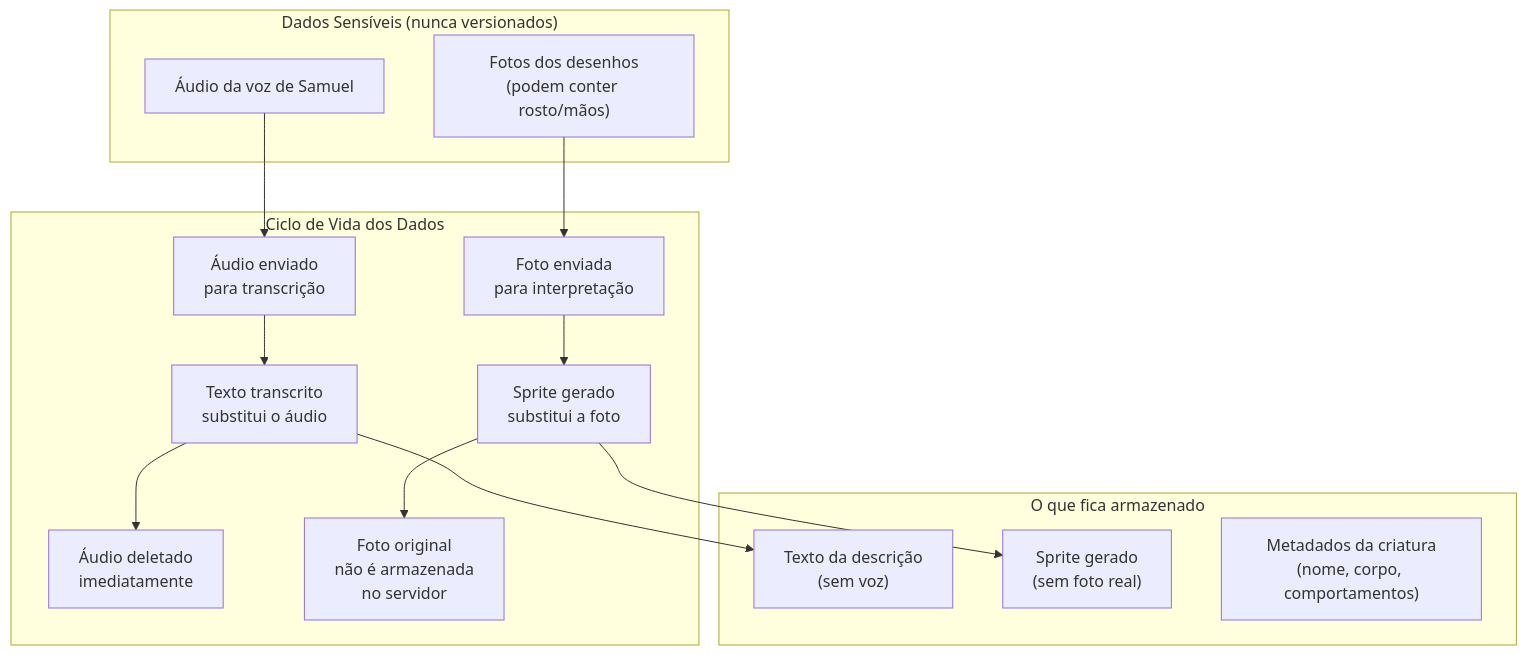
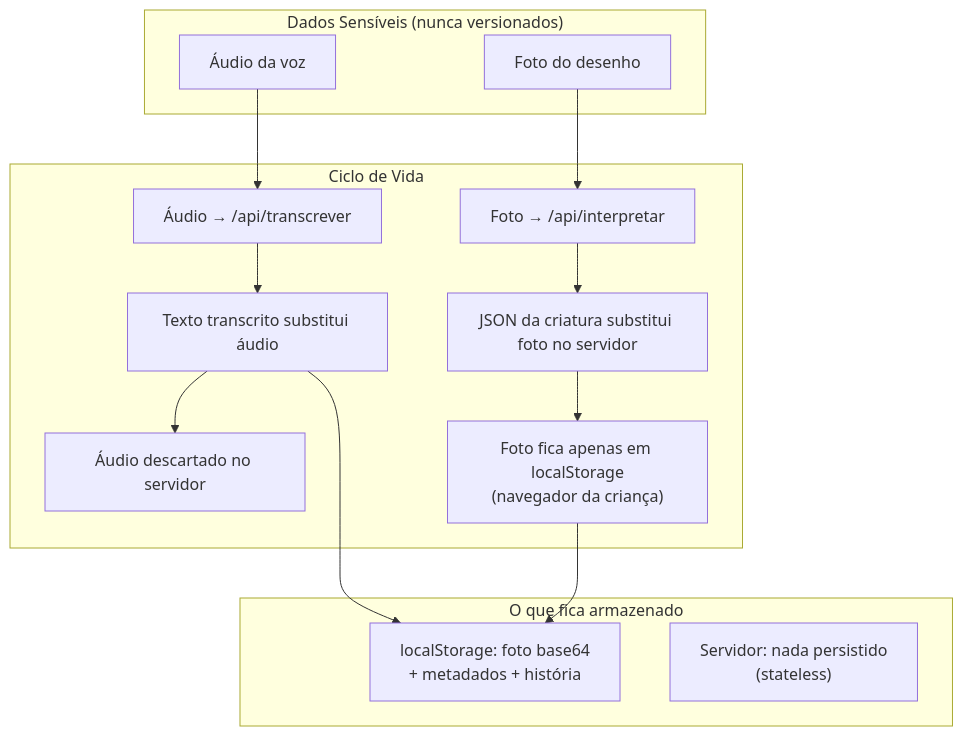
The seventh of 7 diagrams in docs/1-Entregas/PF3-Diagrama-Arquitetura.md (marcosdidier/criacomp-ferramenta-grupo7), drawn with Mermaid before and after one commit. The commit also changed other lines of this file, not shown here.

First line of the commit message:
docs: atualiza diagrama PF3 com stack real

````diff
--- a/docs/1-Entregas/PF3-Diagrama-Arquitetura.md
+++ b/docs/1-Entregas/PF3-Diagrama-Arquitetura.md
@@ -413,28 +378,27 @@
 ```mermaid
 flowchart TD
-    subgraph Dados_Sensíveis["Dados Sensíveis (nunca versionados)"]
-        DS1["Áudio da voz de Samuel"]
-        DS2["Fotos dos desenhos\n(podem conter rosto/mãos)"]
+    subgraph Sensível["Dados Sensíveis (nunca versionados)"]
+        DS1["Áudio da voz"]
+        DS2["Foto do desenho"]
     end
 
-    subgraph Ciclo_de_Vida["Ciclo de Vida dos Dados"]
-        CV1["Áudio enviado\npara transcrição"]
-        CV2["Texto transcrito\nsubstitui o áudio"]
-        CV3["Áudio deletado\nimediatamente"]
-        CV4["Foto enviada\npara interpretação"]
-        CV5["Sprite gerado\nsubstitui a foto"]
-        CV6["Foto original\nnão é armazenada\nno servidor"]
+    subgraph Ciclo["Ciclo de Vida"]
+        CV1["Áudio → /api/transcrever"]
+        CV2["Texto transcrito substitui áudio"]
+        CV3["Áudio descartado no servidor"]
+        CV4["Foto → /api/interpretar"]
+        CV5["JSON da criatura substitui foto no servidor"]
+        CV6["Foto fica apenas em localStorage\n(navegador da criança)"]
     end
 
-    subgraph Armazenado["O que fica armazenado"]
-        A1["Texto da descrição\n(sem voz)"]
-        A2["Sprite gerado\n(sem foto real)"]
-        A3["Metadados da criatura\n(nome, corpo, comportamentos)"]
+    subgraph Guardado["O que fica armazenado"]
+        A1["localStorage: foto base64\n+ metadados + história"]
+        A2["Servidor: nada persistido\n(stateless)"]
     end
 
     DS1 --> CV1 --> CV2 --> CV3
     DS2 --> CV4 --> CV5 --> CV6
     CV2 --> A1
-    CV5 --> A2
-    A3
+    CV6 --> A1
+    A2
 ```
````
